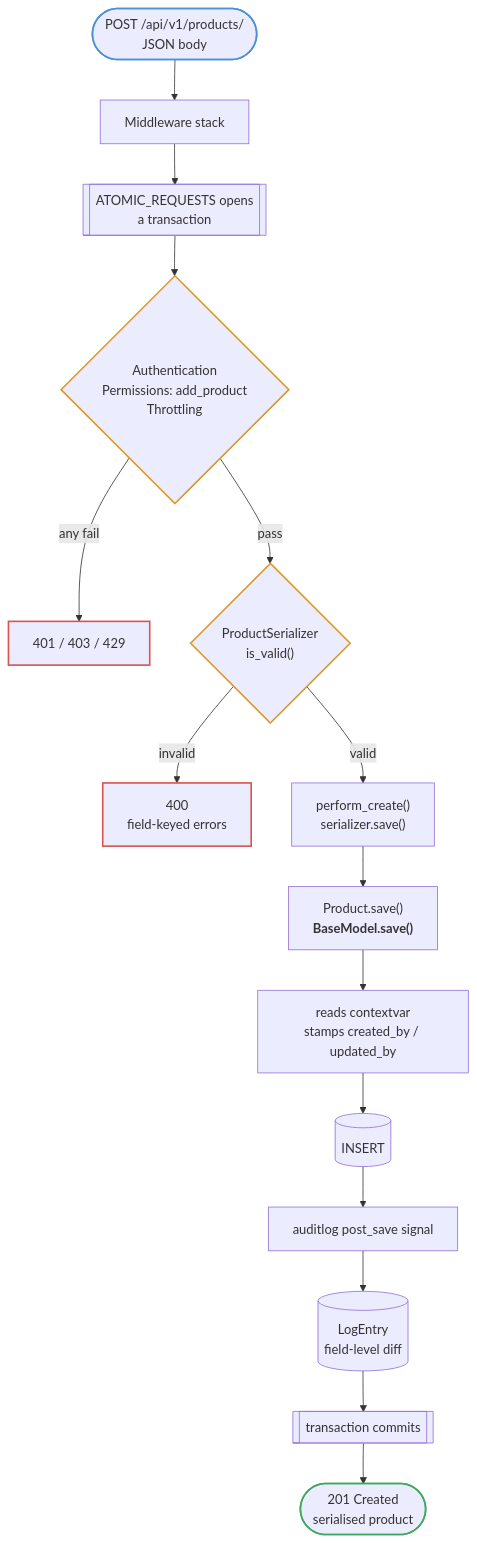
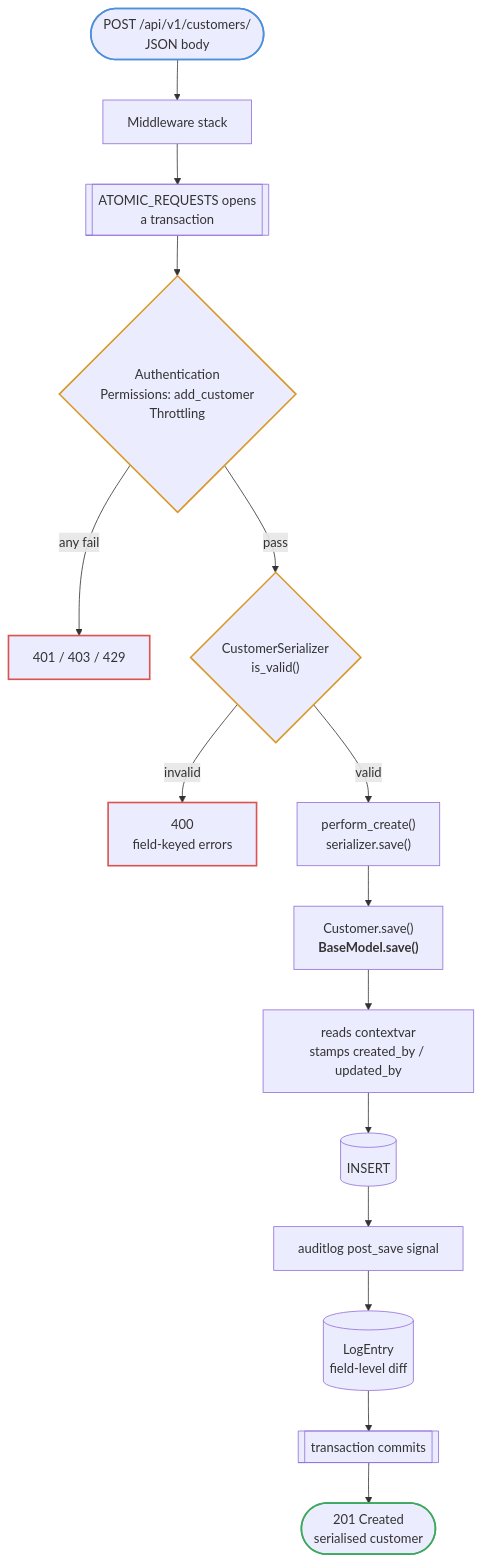
Before and after one commit to TGCTZ/TGC-SERVICE-BACKEND: the first of 2 diagrams in docs/diagrams/write-request.md, drawn with Mermaid. The commit also changed other lines of this file and 144 other files, not shown here.

````diff
--- a/docs/diagrams/write-request.md
+++ b/docs/diagrams/write-request.md
@@ -5,28 +5,28 @@
 ```mermaid
 flowchart TD
-    REQ(["POST /api/v1/products/<br/>JSON body"]) --> MW["Middleware stack"]
+    REQ(["POST /api/v1/customers/<br/>JSON body"]) --> MW["Middleware stack"]
     MW --> TX[["ATOMIC_REQUESTS opens<br/>a transaction"]]
-    TX --> GATES{"Authentication<br/>Permissions: add_product<br/>Throttling"}
+    TX --> GATES{"Authentication<br/>Permissions: add_customer<br/>Throttling"}
     GATES -->|any fail| ERRGATE["401 / 403 / 429"]
     GATES -->|pass| VALID
 
-    VALID{"ProductSerializer<br/>is_valid()"}
+    VALID{"CustomerSerializer<br/>is_valid()"}
     VALID -->|invalid| E400["400<br/>field-keyed errors"]
     VALID -->|valid| SAVE
 
     SAVE["perform_create()<br/>serializer.save()"]
-    SAVE --> MODEL["Product.save()<br/><b>BaseModel.save()</b>"]
+    SAVE --> MODEL["Customer.save()<br/><b>BaseModel.save()</b>"]
     MODEL --> STAMP["reads contextvar<br/>stamps created_by / updated_by"]
     STAMP --> INSERT[("INSERT")]
     INSERT --> SIGNAL["auditlog post_save signal"]
     SIGNAL --> LOG[("LogEntry<br/>field-level diff")]
     LOG --> COMMIT[["transaction commits"]]
-    COMMIT --> OK(["201 Created<br/>serialised product"])
+    COMMIT --> OK(["201 Created<br/>serialised customer"])
 
     style REQ stroke:#4d90d9,stroke-width:2px
     style OK stroke:#3fa860,stroke-width:2px
     style VALID stroke:#d99a2b,stroke-width:2px
     style GATES stroke:#d99a2b,stroke-width:2px
     style E400 stroke:#d9534f,stroke-width:2px
     style ERRGATE stroke:#d9534f,stroke-width:2px
 ```
````
